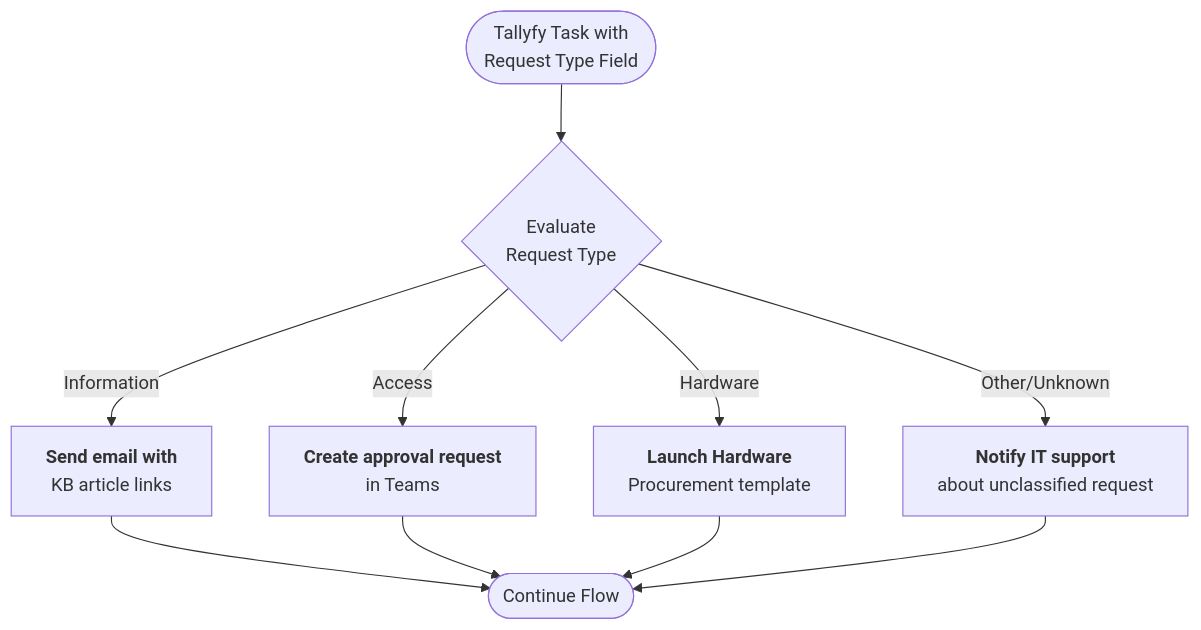
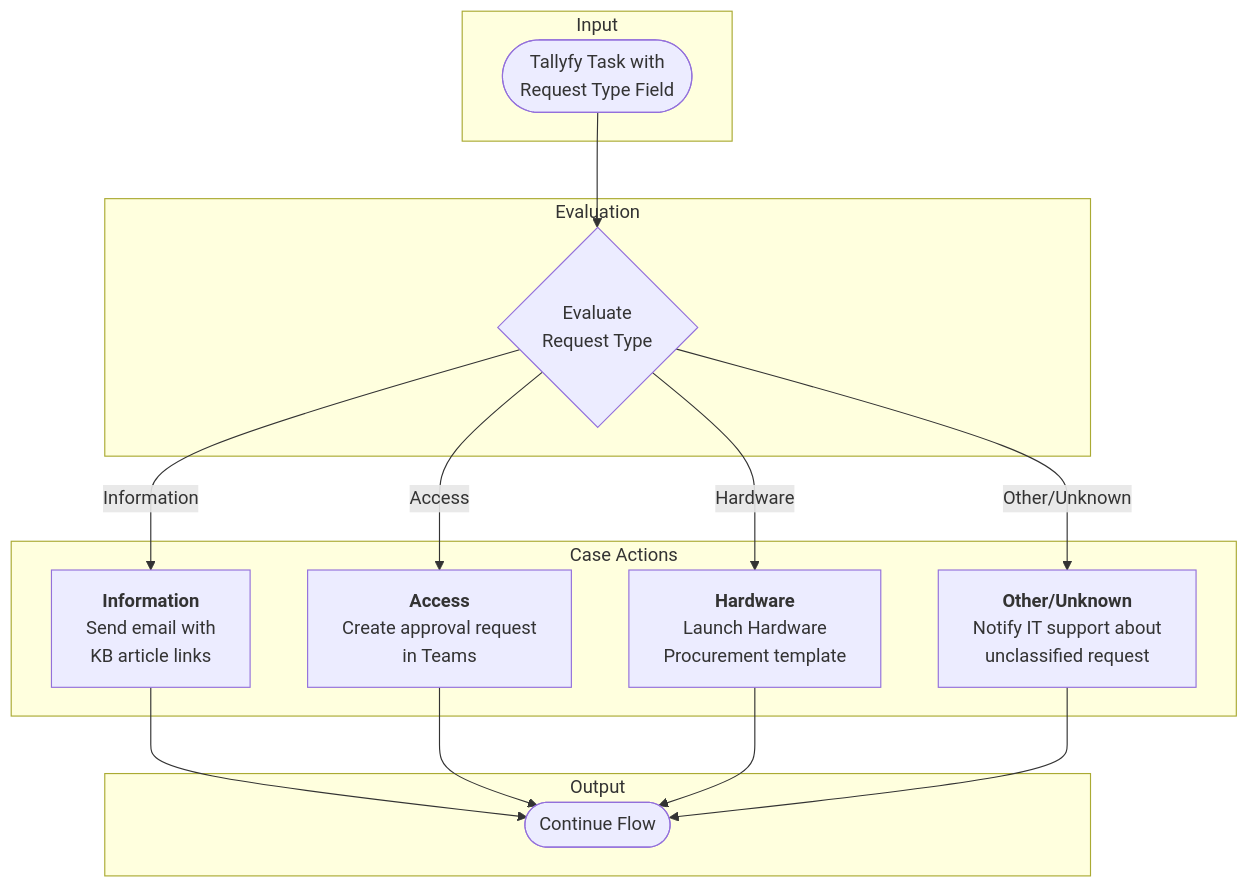
The diagram in src/content/docs/pro/integrations/middleware/power-automate/advanced-conditions-and-expressions.mdx (tallyfy/documentation), drawn with Mermaid before and after one commit. The commit also changed 2 other files, not shown here.

Commit message:
Fix: Apply subgraph-based vertical layouts to remaining 3 Mermaid diagrams for mobile
- Updated approval workflow diagram to use vertical subgraphs
- Restructured Fishbone diagram with grouped categories
- Enhanced Switch control diagram with clear vertical sections
- All diagrams now use flowchart TB with subgraphs to force vertical stacking
- Ensures proper mobile rendering without horizontal spreading

````diff
--- a/src/content/docs/pro/integrations/middleware/power-automate/advanced-conditions-and-expressions.mdx
+++ b/src/content/docs/pro/integrations/middleware/power-automate/advanced-conditions-and-expressions.mdx
@@ -94,22 +94,49 @@
 ```mermaid
-flowchart TD
-    Start([Tallyfy Task with<br/>Request Type Field]) --> Evaluate{Evaluate<br/>Request Type}
+flowchart TB
+    subgraph "Input"
+        Start(["`Tallyfy Task with
+        Request Type Field`"])
+    end
     
-    Evaluate -->|"`Information`"| Info["`**Send email with**
-KB article links`"]
-    Evaluate -->|"`Access`"| Access["`**Create approval request**
-in Teams`"]
-    Evaluate -->|"`Hardware`"| Hardware["`**Launch Hardware**
-Procurement template`"]
-    Evaluate -->|"`Other/Unknown`"| Default["`**Notify IT support**
-about unclassified request`"]
+    subgraph "Evaluation"
+        Evaluate{"`Evaluate
+        Request Type`"}
+    end
     
-    Info --> End([Continue Flow])
+    subgraph "Case Actions"
+        Info["`**Information**
+        Send email with
+        KB article links`"]
+        
+        Access["`**Access**
+        Create approval request
+        in Teams`"]
+        
+        Hardware["`**Hardware**
+        Launch Hardware
+        Procurement template`"]
+        
+        Default["`**Other/Unknown**
+        Notify IT support about
+        unclassified request`"]
+    end
+    
+    subgraph "Output"
+        End(["`Continue Flow`"])
+    end
+    
+    Start --> Evaluate
+    
+    Evaluate -->|"`Information`"| Info
+    Evaluate -->|"`Access`"| Access
+    Evaluate -->|"`Hardware`"| Hardware
+    Evaluate -->|"`Other/Unknown`"| Default
+    
+    Info --> End
     Access --> End
     Hardware --> End
     Default --> End
     
-    
     click Hardware "/products/pro/documenting/templates/index/" "Learn about procedure templates"
     click Access "/products/pro/integrations/middleware/power-automate/integrating-power-automate-approvals-with-microsoft-teams/" "Teams approval integration"
 ```
````
